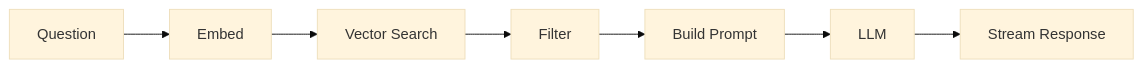
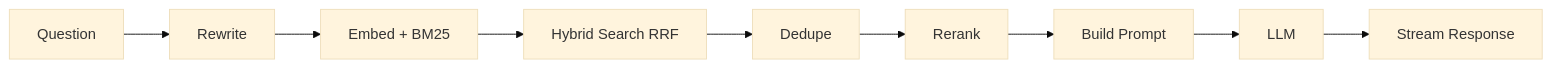
One commit to knoguchi/rag changed the third of 3 diagrams in docs/ARCHITECTURE.md. Above: the diagram before and after it, drawn with Mermaid (base theme). The commit also changed other lines of this file and 22 other files, not shown here.

````diff
--- a/docs/ARCHITECTURE.md
+++ b/docs/ARCHITECTURE.md
@@ -83,4 +83,4 @@
 ```mermaid
 graph LR
-    A[Question] --> B[Embed] --> C[Vector Search] --> D[Filter] --> E[Build Prompt] --> F[LLM] --> G[Stream Response]
+    A[Question] --> R[Rewrite] --> B[Embed + BM25] --> C[Hybrid Search RRF] --> D[Dedupe] --> RR[Rerank] --> E[Build Prompt] --> F[LLM] --> G[Stream Response]
 ```
````
